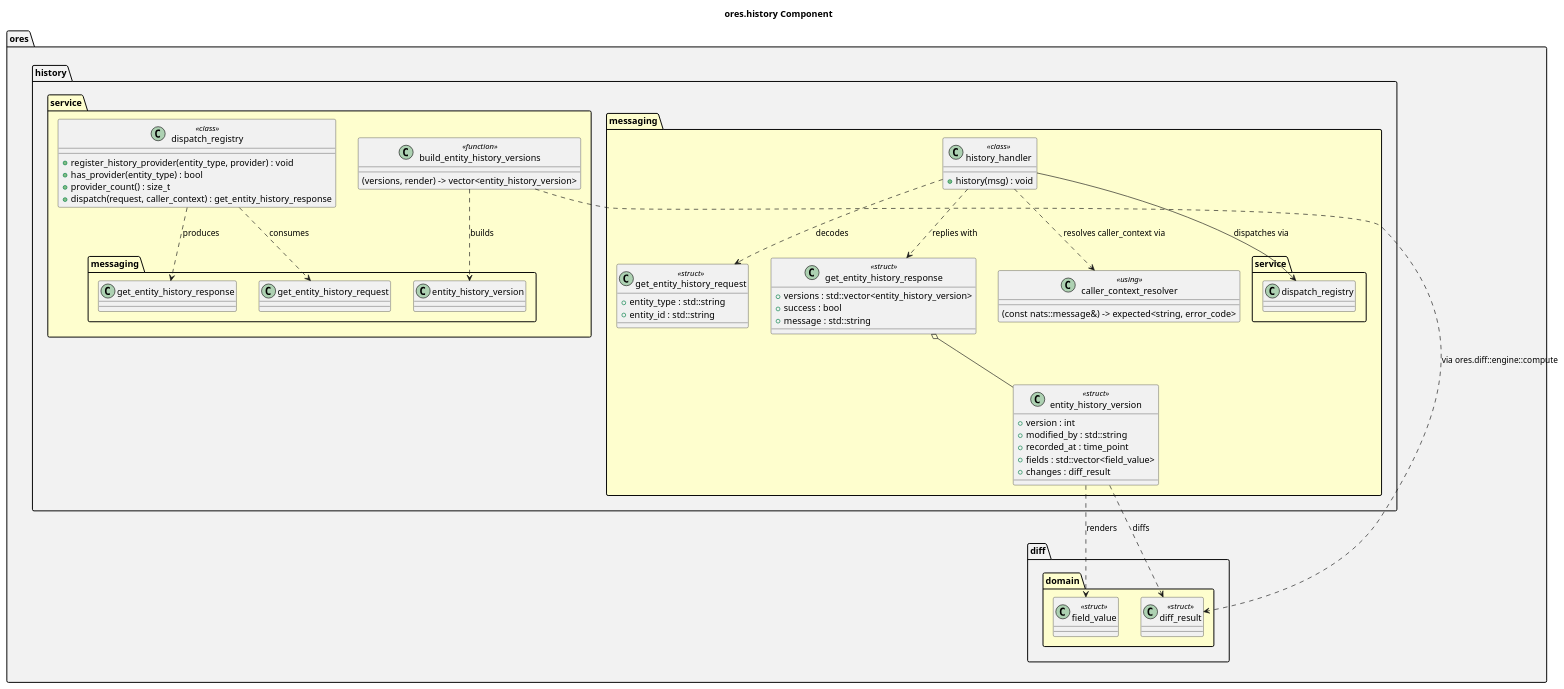
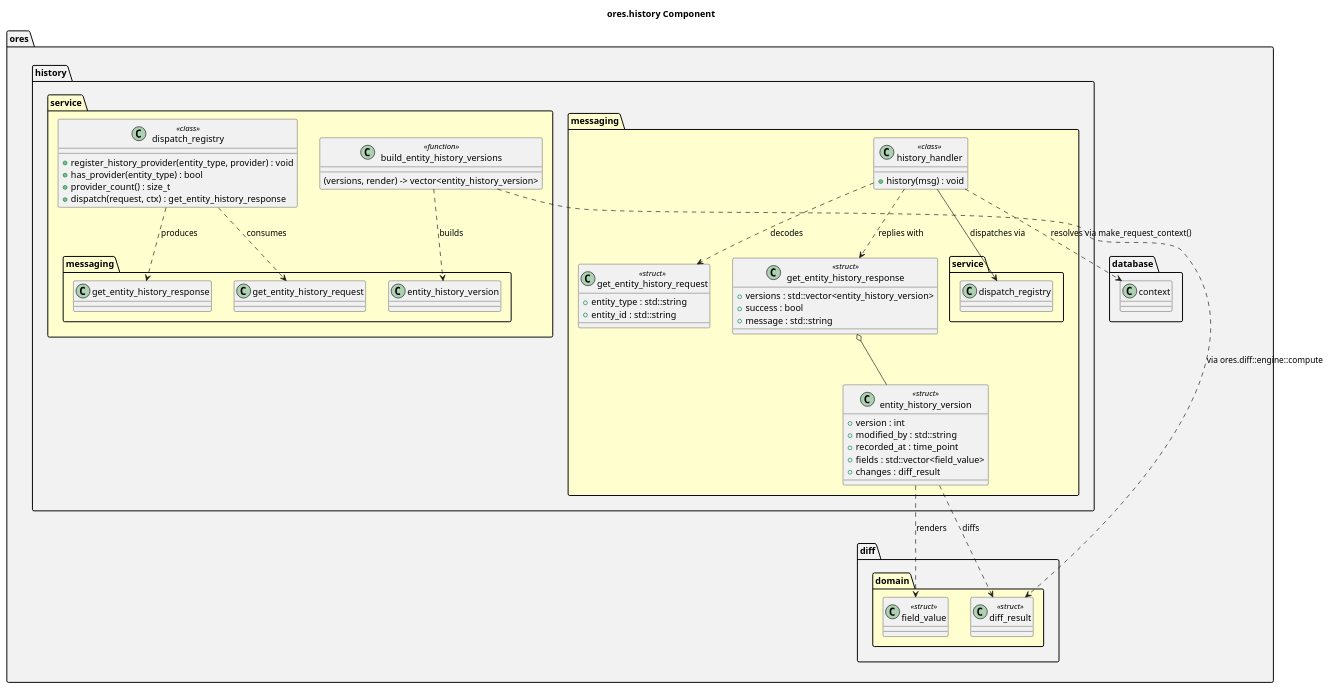
Before and after one commit to OreStudio/OreStudio: the diagram in projects/ores.history/modeling/ores.history.puml, drawn with PlantUML. The commit also changed 14 other files, not shown here.

```diff
--- a/projects/ores.history/modeling/ores.history.puml
+++ b/projects/ores.history/modeling/ores.history.puml
@@ -18,76 +18,72 @@
 @startuml
 
 title ores.history Component
 
 set namespaceSeparator ::
 
 namespace ores #F2F2F2 {
     namespace diff #F2F2F2 {
         namespace domain #FEFECE {
             class field_value <<struct>>
             class diff_result <<struct>>
         }
     }
     namespace history #F2F2F2 {
         namespace messaging #FEFECE {
             class get_entity_history_request <<struct>> {
                 +entity_type : std::string
                 +entity_id : std::string
             }
             class get_entity_history_response <<struct>> {
                 +versions : std::vector<entity_history_version>
                 +success : bool
                 +message : std::string
             }
             class entity_history_version <<struct>> {
                 +version : int
                 +modified_by : std::string
                 +recorded_at : time_point
                 +fields : std::vector<field_value>
                 +changes : diff_result
             }
             get_entity_history_response o-- entity_history_version
             entity_history_version ..> ores::diff::domain::field_value : renders
             entity_history_version ..> ores::diff::domain::diff_result : diffs
 
             class history_handler <<class>> {
                 +history(msg) : void
             }
             history_handler --> service::dispatch_registry : dispatches via
             history_handler ..> get_entity_history_request : decodes
             history_handler ..> get_entity_history_response : replies with
-            history_handler ..> caller_context_resolver : resolves caller_context via
-
-            class caller_context_resolver <<using>> {
-                (const nats::message&) -> expected<string, error_code>
-            }
+            history_handler ..> ores::database::context : resolves via make_request_context()
         }
         namespace service #FEFECE {
             class dispatch_registry <<class>> {
                 +register_history_provider(entity_type, provider) : void
                 +has_provider(entity_type) : bool
                 +provider_count() : size_t
-                +dispatch(request, caller_context) : get_entity_history_response
+                +dispatch(request, ctx) : get_entity_history_response
             }
             dispatch_registry ..> messaging::get_entity_history_request : consumes
             dispatch_registry ..> messaging::get_entity_history_response : produces
 
             class build_entity_history_versions <<function>> {
                 (versions, render) -> vector<entity_history_version>
             }
             build_entity_history_versions ..> messaging::entity_history_version : builds
             build_entity_history_versions ..> ores::diff::domain::diff_result : via ores.diff::engine::compute
         }
     }
 }
 
 note right of ores::history::messaging::history_handler
-  register_history_handlers(nats, registry, queue_group, resolve_context)
+  register_history_handlers(nats, registry, queue_group, ctx, verifier)
   subscribes the single history.v1.get subject to a
   history_handler backed by the caller-owned registry.
-  caller_context is opaque to ores.history: the resolver
-  and each history_provider agree on its shape privately
-  (typically tenant_id, optionally party_id/actor).
+  Each request is resolved into a scoped database::context
+  via make_request_context(), exactly like every other NATS
+  handler in the composing service — no bespoke auth channel.
 end note
 
 @enduml
```
